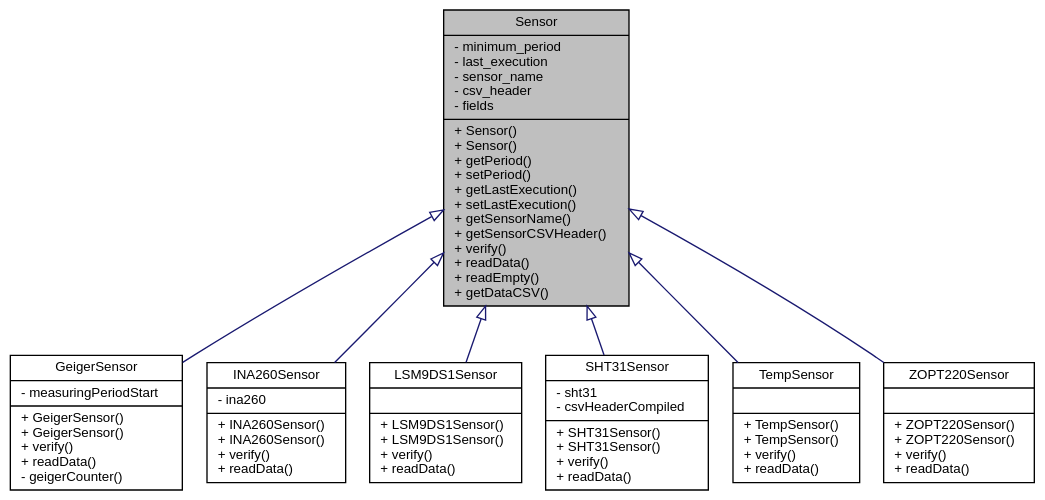
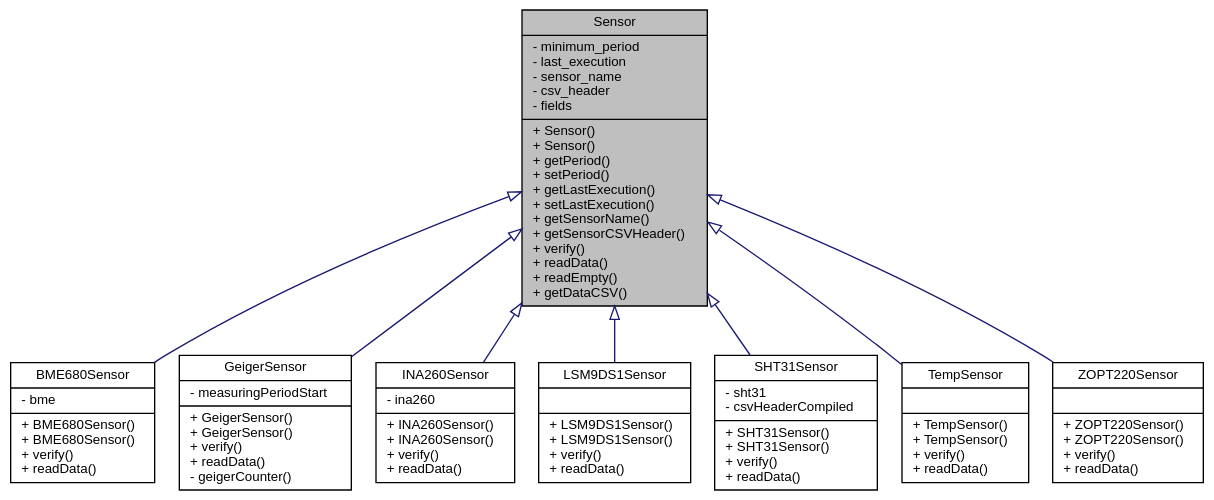
One commit to ASU-ASCEND/Fall-2024 changed the diagram in docs/classSensor__inherit__graph.dot. Above: the diagram before and after it, drawn with Graphviz. The commit also changed 89 other files, not shown here.

```diff
--- a/docs/classSensor__inherit__graph.dot
+++ b/docs/classSensor__inherit__graph.dot
@@ -1,21 +1,23 @@
 digraph "Sensor"
 {
  // INTERACTIVE_SVG=YES
  // LATEX_PDF_SIZE
   bgcolor="transparent";
   edge [fontname="Helvetica",fontsize="10",labelfontname="Helvetica",labelfontsize="10"];
   node [fontname="Helvetica",fontsize="10",shape=record];
   Node1 [label="{Sensor\n|- minimum_period\l- last_execution\l- sensor_name\l- csv_header\l- fields\l|+ Sensor()\l+ Sensor()\l+ getPeriod()\l+ setPeriod()\l+ getLastExecution()\l+ setLastExecution()\l+ getSensorName()\l+ getSensorCSVHeader()\l+ verify()\l+ readData()\l+ readEmpty()\l+ getDataCSV()\l}",height=0.2,width=0.4,color="black", fillcolor="grey75", style="filled", fontcolor="black",tooltip="Parent class for sensor objects."];
   Node1 -> Node2 [dir="back",color="midnightblue",fontsize="10",style="solid",arrowtail="onormal",fontname="Helvetica"];
-  Node2 [label="{GeigerSensor\n|- measuringPeriodStart\l|+ GeigerSensor()\l+ GeigerSensor()\l+ verify()\l+ readData()\l- geigerCounter()\l}",height=0.2,width=0.4,color="black",URL="$classGeigerSensor.html",tooltip="A class for interfacing with a Geiger counter sensor."];
+  Node2 [label="{BME680Sensor\n|- bme\l|+ BME680Sensor()\l+ BME680Sensor()\l+ verify()\l+ readData()\l}",height=0.2,width=0.4,color="black",URL="$classBME680Sensor.html",tooltip="A class to interface with the Adafruit BME680 sensor for environmental data collection."];
   Node1 -> Node3 [dir="back",color="midnightblue",fontsize="10",style="solid",arrowtail="onormal",fontname="Helvetica"];
-  Node3 [label="{INA260Sensor\n|- ina260\l|+ INA260Sensor()\l+ INA260Sensor()\l+ verify()\l+ readData()\l}",height=0.2,width=0.4,color="black",URL="$classINA260Sensor.html",tooltip="A class to interface with the Adafruit INA260 sensor for current, voltage, and power measurements."];
+  Node3 [label="{GeigerSensor\n|- measuringPeriodStart\l|+ GeigerSensor()\l+ GeigerSensor()\l+ verify()\l+ readData()\l- geigerCounter()\l}",height=0.2,width=0.4,color="black",URL="$classGeigerSensor.html",tooltip="A class for interfacing with a Geiger counter sensor."];
   Node1 -> Node4 [dir="back",color="midnightblue",fontsize="10",style="solid",arrowtail="onormal",fontname="Helvetica"];
-  Node4 [label="{LSM9DS1Sensor\n||+ LSM9DS1Sensor()\l+ LSM9DS1Sensor()\l+ verify()\l+ readData()\l}",height=0.2,width=0.4,color="black",URL="$classLSM9DS1Sensor.html",tooltip=" "];
+  Node4 [label="{INA260Sensor\n|- ina260\l|+ INA260Sensor()\l+ INA260Sensor()\l+ verify()\l+ readData()\l}",height=0.2,width=0.4,color="black",URL="$classINA260Sensor.html",tooltip="A class to interface with the Adafruit INA260 sensor for current, voltage, and power measurements."];
   Node1 -> Node5 [dir="back",color="midnightblue",fontsize="10",style="solid",arrowtail="onormal",fontname="Helvetica"];
-  Node5 [label="{SHT31Sensor\n|- sht31\l- csvHeaderCompiled\l|+ SHT31Sensor()\l+ SHT31Sensor()\l+ verify()\l+ readData()\l}",height=0.2,width=0.4,color="black",URL="$classSHT31Sensor.html",tooltip="Interfaces with SHT31 Sensor to collect temperature and humidity data."];
+  Node5 [label="{LSM9DS1Sensor\n||+ LSM9DS1Sensor()\l+ LSM9DS1Sensor()\l+ verify()\l+ readData()\l}",height=0.2,width=0.4,color="black",URL="$classLSM9DS1Sensor.html",tooltip=" "];
   Node1 -> Node6 [dir="back",color="midnightblue",fontsize="10",style="solid",arrowtail="onormal",fontname="Helvetica"];
-  Node6 [label="{TempSensor\n||+ TempSensor()\l+ TempSensor()\l+ verify()\l+ readData()\l}",height=0.2,width=0.4,color="black",URL="$classTempSensor.html",tooltip="Implementation of a Sensor for the onboard temperature sensor."];
+  Node6 [label="{SHT31Sensor\n|- sht31\l- csvHeaderCompiled\l|+ SHT31Sensor()\l+ SHT31Sensor()\l+ verify()\l+ readData()\l}",height=0.2,width=0.4,color="black",URL="$classSHT31Sensor.html",tooltip="Interfaces with SHT31 Sensor to collect temperature and humidity data."];
   Node1 -> Node7 [dir="back",color="midnightblue",fontsize="10",style="solid",arrowtail="onormal",fontname="Helvetica"];
-  Node7 [label="{ZOPT220Sensor\n||+ ZOPT220Sensor()\l+ ZOPT220Sensor()\l+ verify()\l+ readData()\l}",height=0.2,width=0.4,color="black",URL="$classZOPT220Sensor.html",tooltip="A class to interface with the ZOPT220x UV and ambient light sensor."];
+  Node7 [label="{TempSensor\n||+ TempSensor()\l+ TempSensor()\l+ verify()\l+ readData()\l}",height=0.2,width=0.4,color="black",URL="$classTempSensor.html",tooltip="Implementation of a Sensor for the onboard temperature sensor."];
+  Node1 -> Node8 [dir="back",color="midnightblue",fontsize="10",style="solid",arrowtail="onormal",fontname="Helvetica"];
+  Node8 [label="{ZOPT220Sensor\n||+ ZOPT220Sensor()\l+ ZOPT220Sensor()\l+ verify()\l+ readData()\l}",height=0.2,width=0.4,color="black",URL="$classZOPT220Sensor.html",tooltip="A class to interface with the ZOPT220x UV and ambient light sensor."];
 }
```
